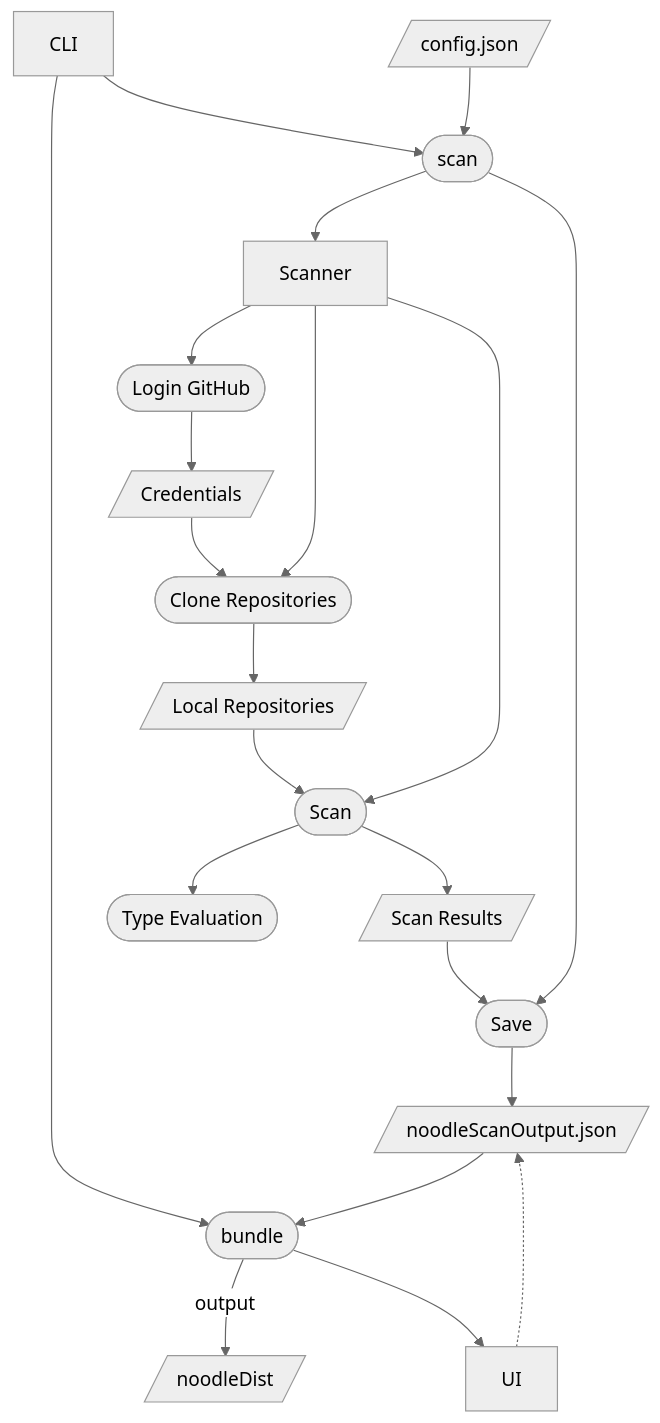
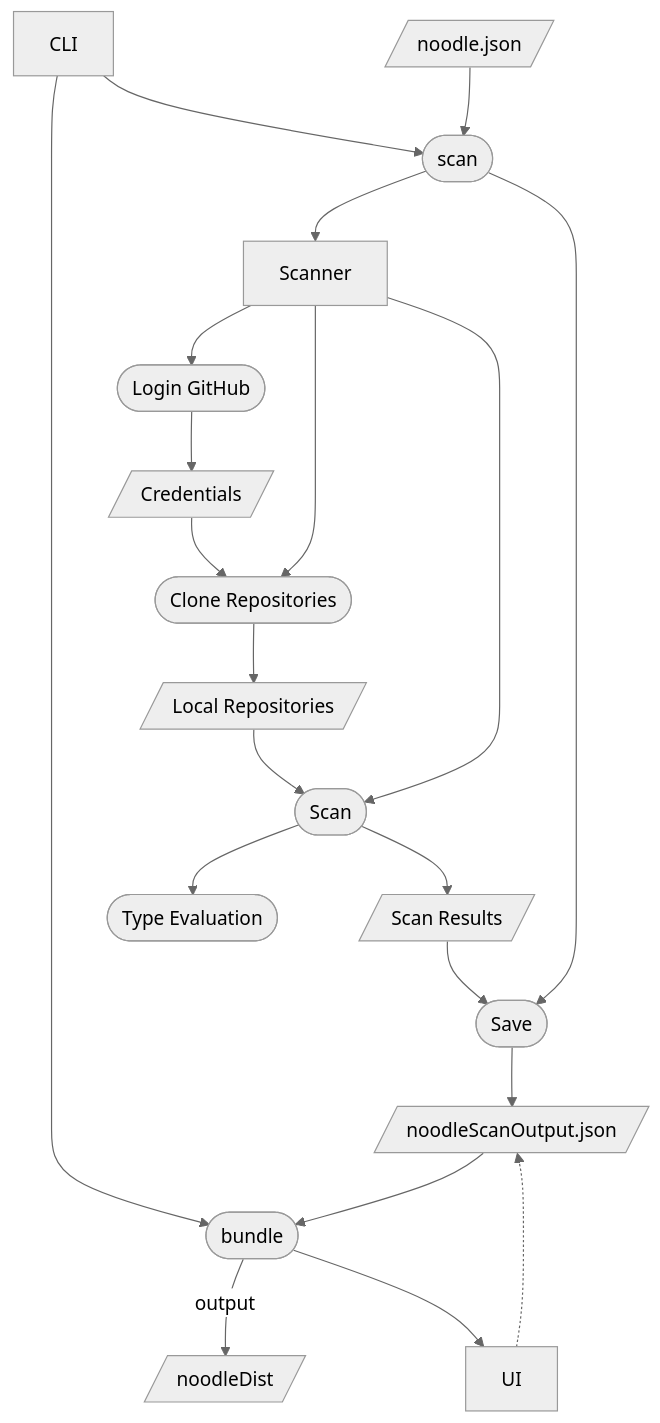
One commit to noodle-graph/monorepo changed the diagram in docs/ecosystem.md. Above: the diagram before and after it, drawn with Mermaid (neutral theme).

````diff
--- a/docs/ecosystem.md
+++ b/docs/ecosystem.md
@@ -9,28 +9,28 @@
 ```mermaid
 graph TD
 
-config.json[/config.json/]
+noodle.json[/noodle.json/]
 noodleDist[/noodleDist/]
 Repos[/Local Repositories/]
 noodleScanOutput.json[/noodleScanOutput.json/]
 Credentials[/Credentials/]
 Login([Login GitHub])
 Clone([Clone Repositories])
 Scan([Scan])
 bundle([bundle])
 scan([scan])
 TypeEvaluation([Type Evaluation])
 Save([Save])
 ScanResults[/Scan Results/]
 
 bundle -->|output| noodleDist
 CLI --> bundle --> UI -.-> noodleScanOutput.json
 noodleScanOutput.json --> bundle
 CLI --> scan --> Scanner
-config.json --> scan
+noodle.json --> scan
 Scanner --> Login --> Credentials
 Scanner & Credentials --> Clone --> Repos
 Scanner & Repos --> Scan --> TypeEvaluation & ScanResults
 scan & ScanResults --> Save --> noodleScanOutput.json
 Scanner & noodleScanOutput.json
 ```
````
